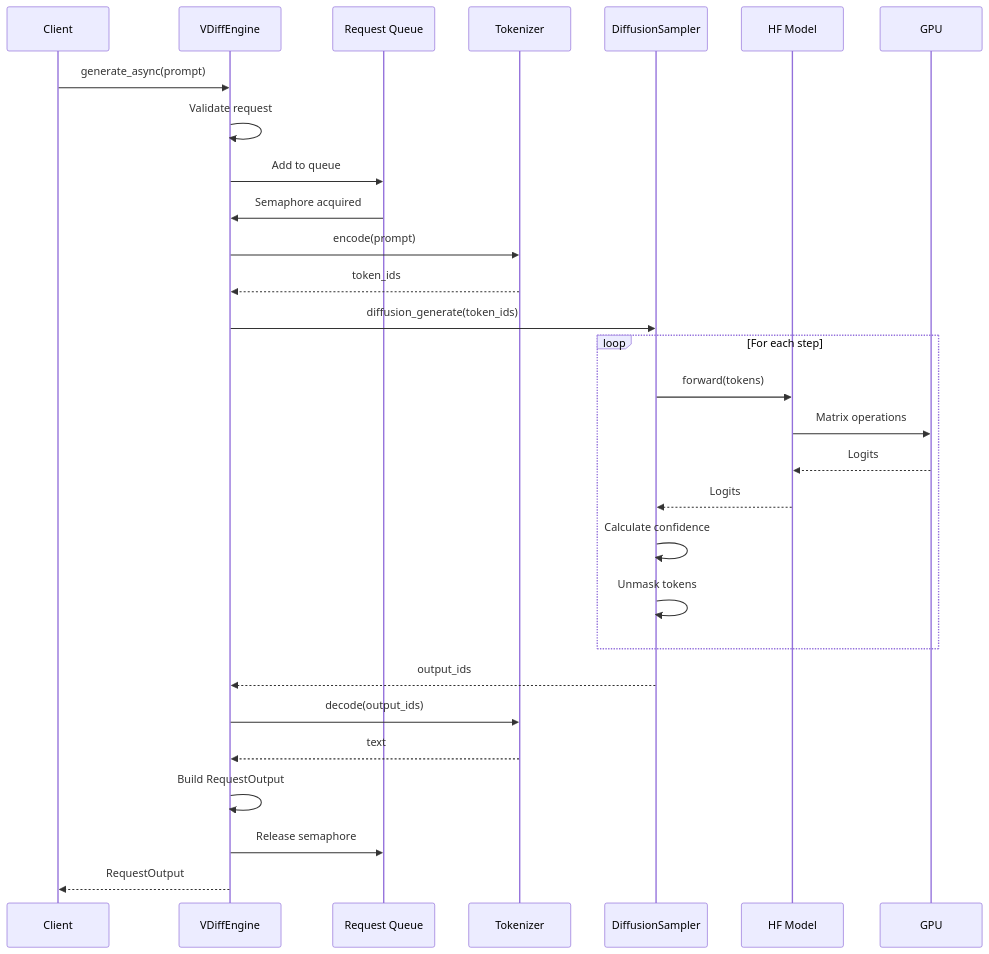
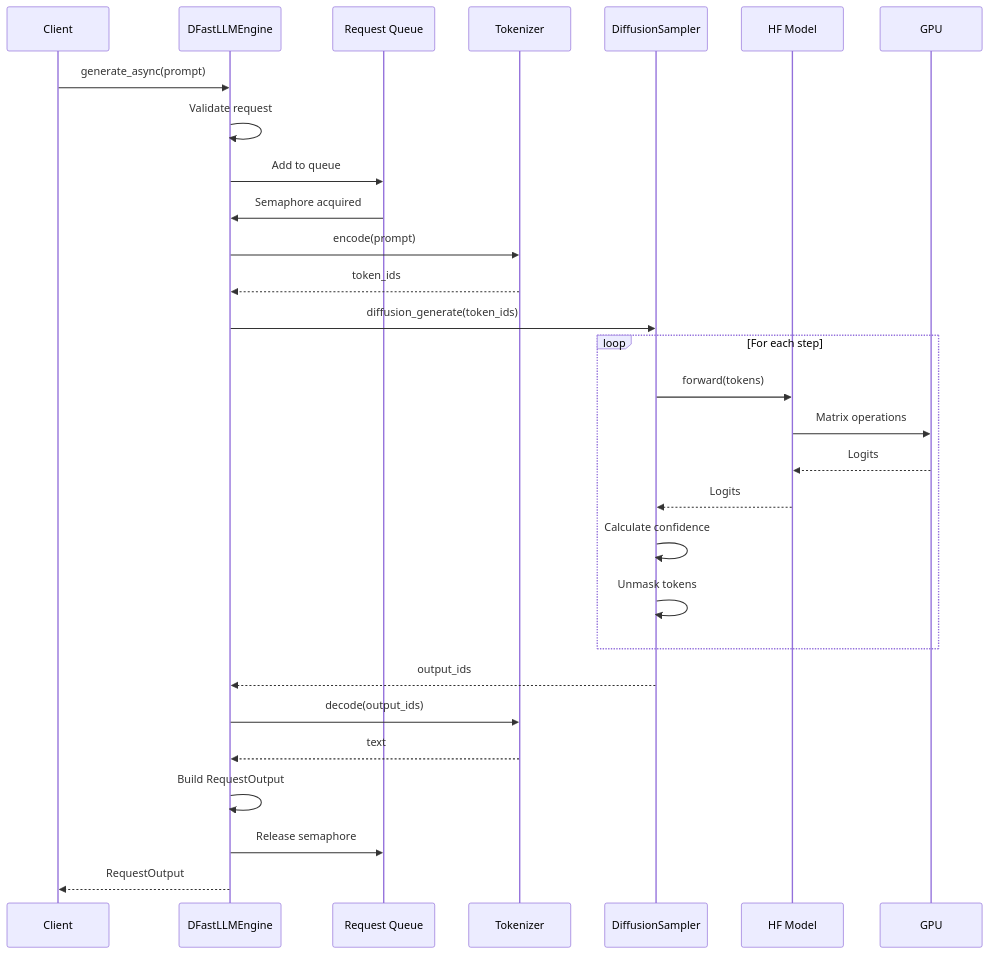
One commit to mwaykole/vdiff changed diagram 15 of 16 in docs/dev-doc/04-engine.md. Above: the diagram before and after it, drawn with Mermaid. The commit also changed other lines of this file and 53 other files, not shown here.

````diff
--- a/docs/dev-doc/04-engine.md
+++ b/docs/dev-doc/04-engine.md
@@ -572,36 +572,36 @@
 ```mermaid
 sequenceDiagram
     participant Client
-    participant Engine as VDiffEngine
+    participant Engine as DFastLLMEngine
     participant Queue as Request Queue
     participant Tokenizer
     participant Diffusion as DiffusionSampler
     participant Model as HF Model
     participant GPU
     
     Client->>Engine: generate_async(prompt)
     Engine->>Engine: Validate request
     Engine->>Queue: Add to queue
     Queue->>Engine: Semaphore acquired
     
     Engine->>Tokenizer: encode(prompt)
     Tokenizer-->>Engine: token_ids
     
     Engine->>Diffusion: diffusion_generate(token_ids)
     
     loop For each step
         Diffusion->>Model: forward(tokens)
         Model->>GPU: Matrix operations
         GPU-->>Model: Logits
         Model-->>Diffusion: Logits
         Diffusion->>Diffusion: Calculate confidence
         Diffusion->>Diffusion: Unmask tokens
     end
     
     Diffusion-->>Engine: output_ids
     Engine->>Tokenizer: decode(output_ids)
     Tokenizer-->>Engine: text
     Engine->>Engine: Build RequestOutput
     Engine->>Queue: Release semaphore
     Engine-->>Client: RequestOutput
 ```
````
